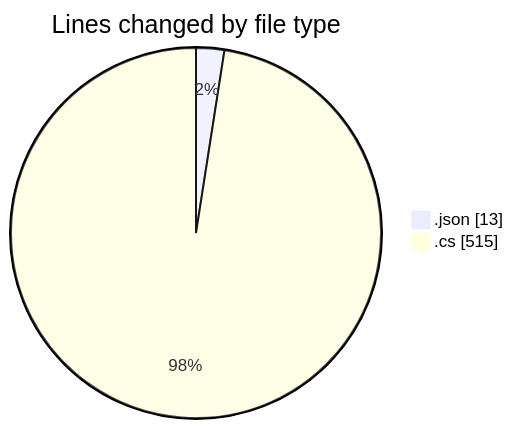
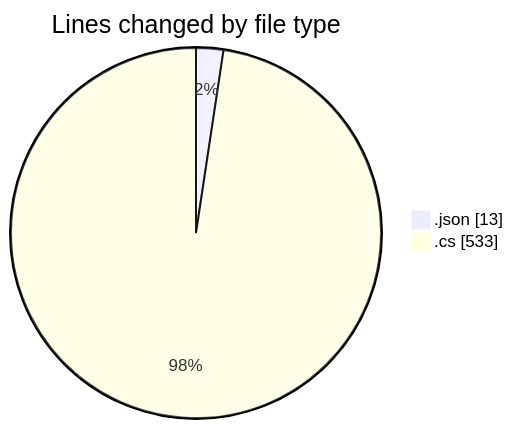
Before and after one commit to lephambinh05/code-tracking: the first of 2 diagrams in 2025-07-23/cnpm_th_ba/README.md, drawn with Mermaid. The commit also changed other lines of this file and 1 other file, not shown here.

````diff
--- a/2025-07-23/cnpm_th_ba/README.md
+++ b/2025-07-23/cnpm_th_ba/README.md
@@ -21,6 +21,6 @@
 ```mermaid
 pie showData
 title Lines changed by file type
 ".json" : 13
-".cs" : 515
+".cs" : 533
 ```
````
